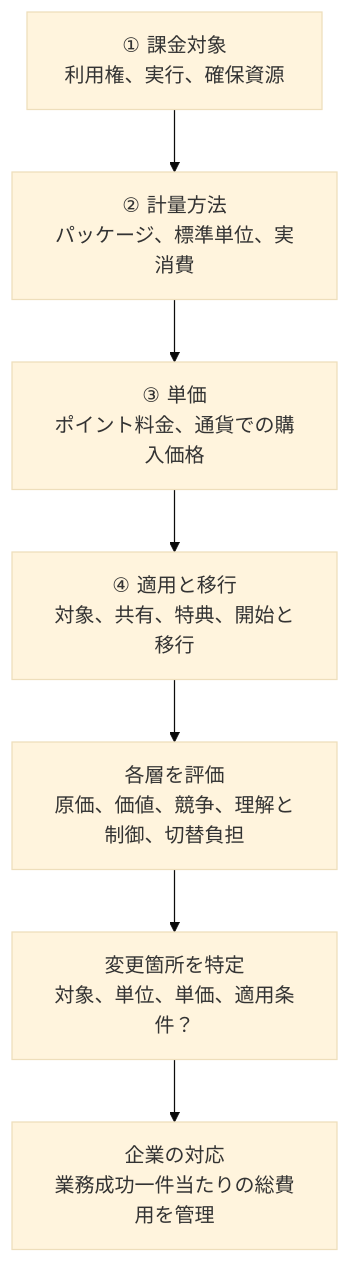
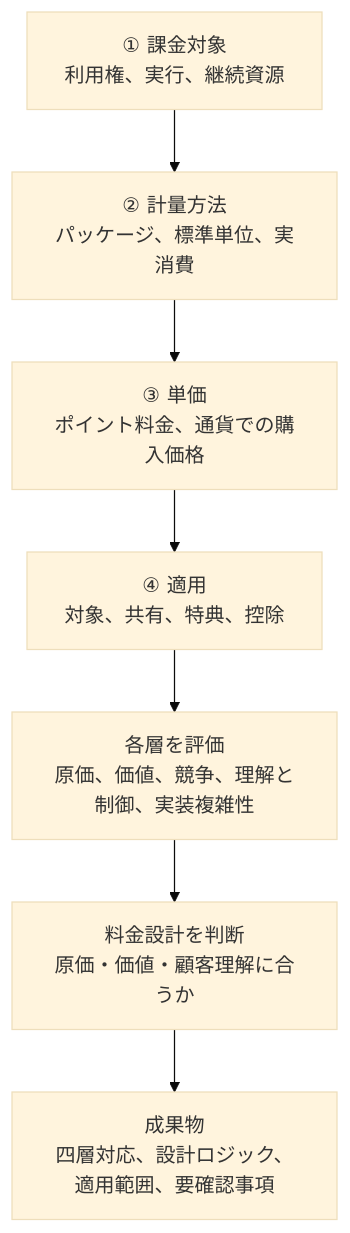
One commit to yue940209/AI-pricing-logic changed the third of 3 diagrams in references/framework.md. Above: the diagram before and after it, drawn with Mermaid (base theme). The commit also changed other lines of this file, not shown here.

````diff
--- a/references/framework.md
+++ b/references/framework.md
@@ -29,9 +29,9 @@
 ```mermaid
 flowchart TD
-    A[① 課金対象<br/>利用権、実行、確保資源] --> B[② 計量方法<br/>パッケージ、標準単位、実消費]
+    A[① 課金対象<br/>利用権、実行、継続資源] --> B[② 計量方法<br/>パッケージ、標準単位、実消費]
     B --> C[③ 単価<br/>ポイント料金、通貨での購入価格]
-    C --> D[④ 適用と移行<br/>対象、共有、特典、開始と移行]
-    D --> E[各層を評価<br/>原価、価値、競争、理解と制御、切替負担]
-    E --> F[変更箇所を特定<br/>対象、単位、単価、適用条件？]
-    F --> G[企業の対応<br/>業務成功一件当たりの総費用を管理]
+    C --> D[④ 適用<br/>対象、共有、特典、控除]
+    D --> E[各層を評価<br/>原価、価値、競争、理解と制御、実装複雑性]
+    E --> F[料金設計を判断<br/>原価・価値・顧客理解に合うか]
+    F --> G[成果物<br/>四層対応、設計ロジック、適用範囲、要確認事項]
 ```
````
